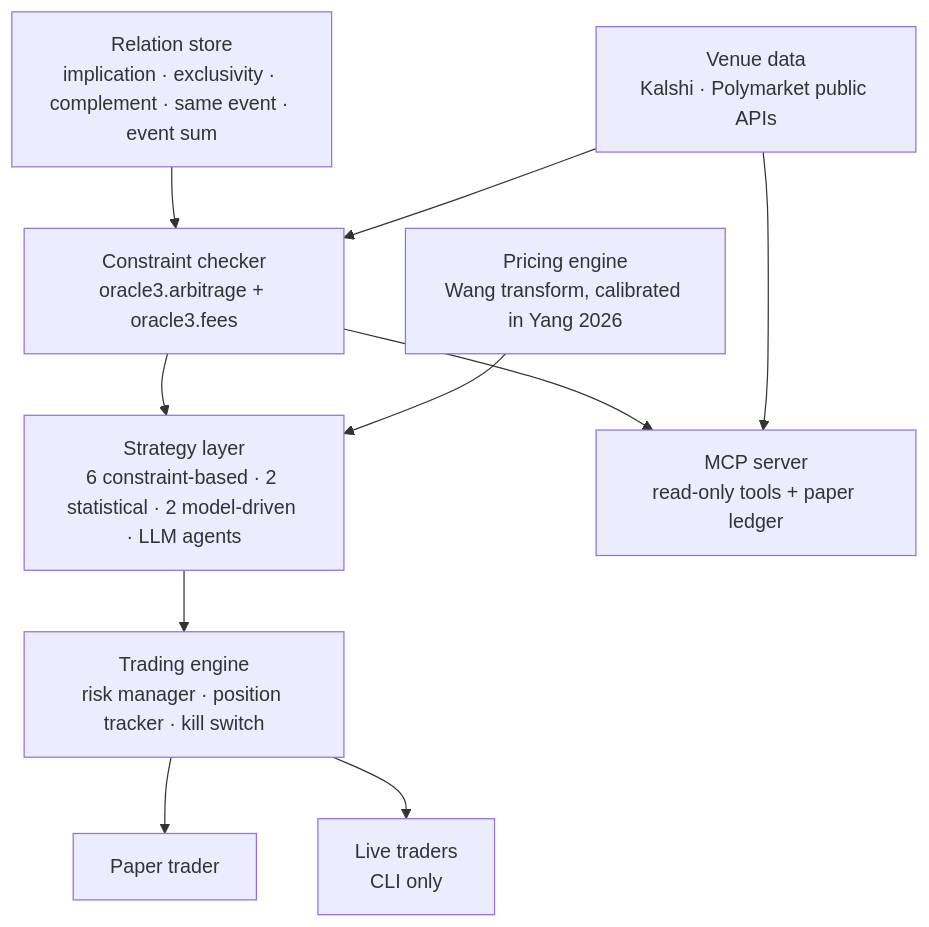
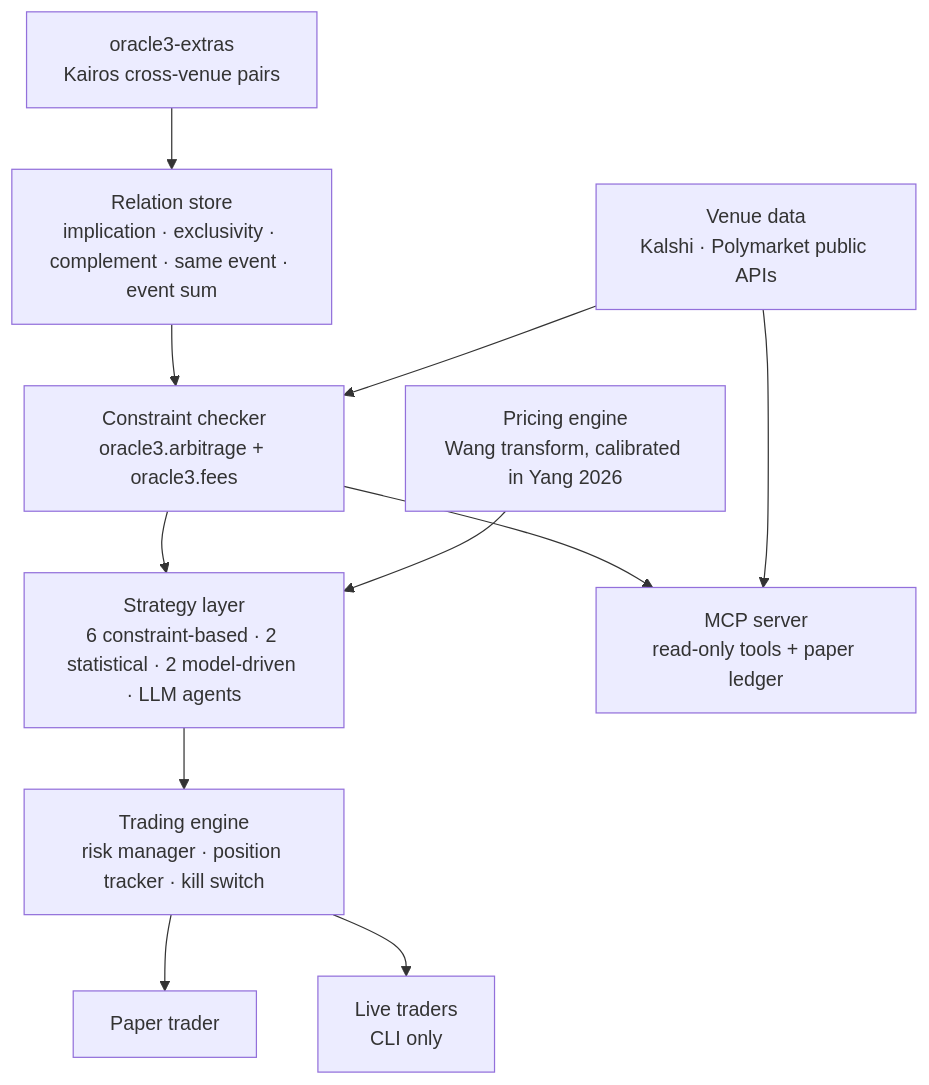
Before and after one commit to YichengYang-Ethan/oracle3-prediction-market-agent: the diagram in README.md, drawn with Mermaid. The commit also changed other lines of this file and 10 other files, not shown here.

First line of the commit message:
Make oracle3-extras easy to find

````diff
--- a/README.md
+++ b/README.md
@@ -164,12 +182,13 @@
 ```mermaid
 graph TD
     R[Relation store<br/>implication · exclusivity · complement · same event · event sum] --> C[Constraint checker<br/>oracle3.arbitrage + oracle3.fees]
+    X[oracle3-extras<br/>Kairos cross-venue pairs] --> R
     Q[Venue data<br/>Kalshi · Polymarket public APIs] --> C
     C --> S[Strategy layer<br/>6 constraint-based · 2 statistical · 2 model-driven · LLM agents]
     P[Pricing engine<br/>Wang transform, calibrated in Yang 2026] --> S
     S --> E[Trading engine<br/>risk manager · position tracker · kill switch]
     E --> T[Paper trader]
     E --> L[Live traders<br/>CLI only]
     C --> M[MCP server<br/>read-only tools + paper ledger]
     Q --> M
 ```
````
